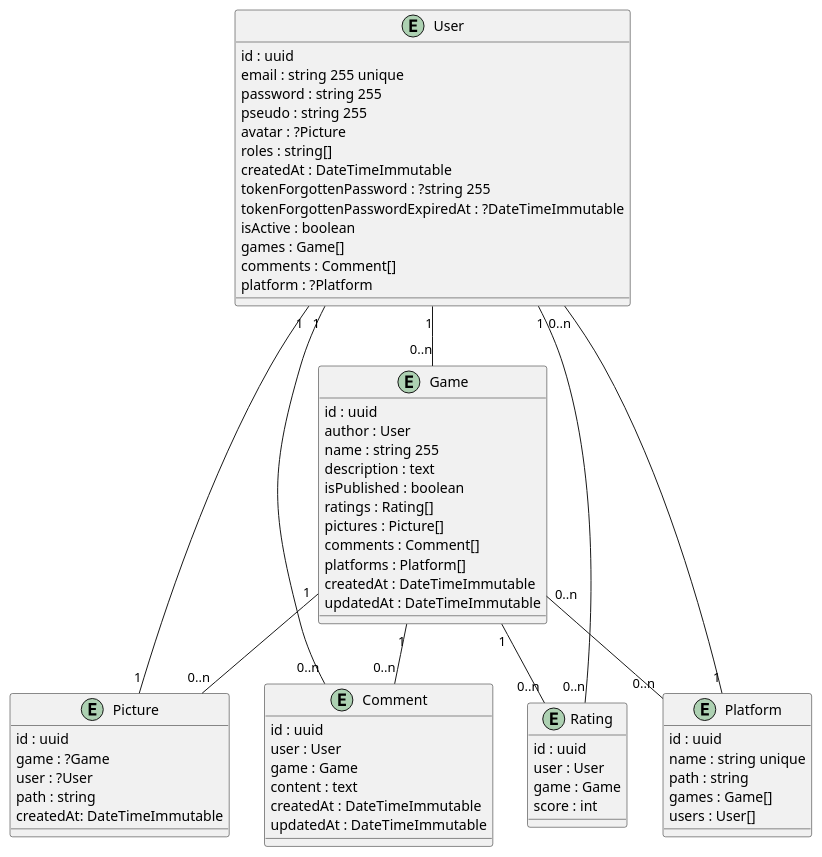
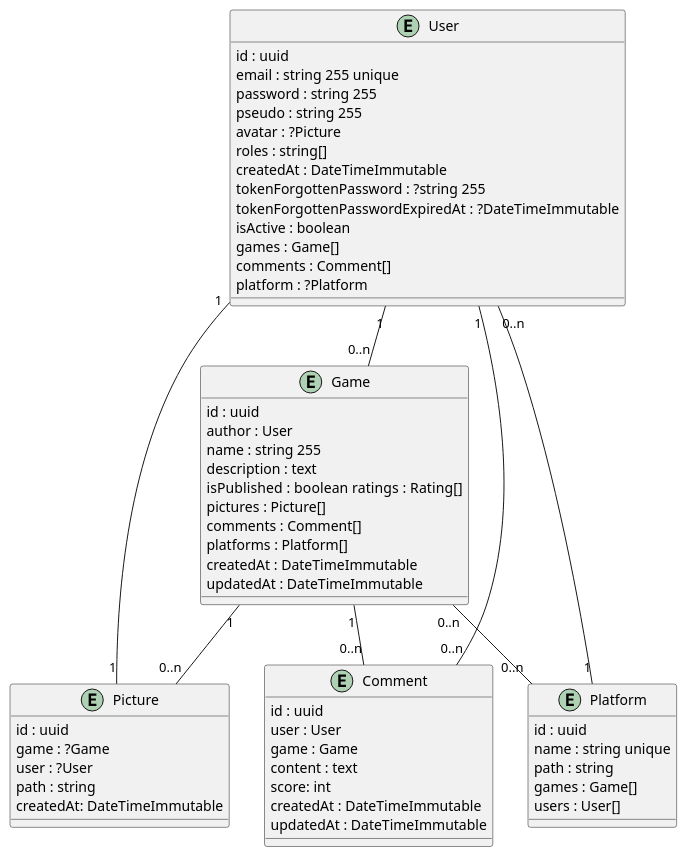
The diagram in db.plantuml (MH-DevApp/symf-oc-project), drawn with PlantUML before and after one commit.

Commit message:
fix: remove entity rating to db in UML Schema

```diff
--- a/db.plantuml
+++ b/db.plantuml
@@ -1,84 +1,73 @@
 @startuml DB
 
 entity User
 {
   {field} id : uuid
   {field} email : string 255 unique
   {field} password : string 255
   {field} pseudo : string 255
   {field} avatar : ?Picture
   {field} roles : string[]
   {field} createdAt : DateTimeImmutable
   {field} tokenForgottenPassword : ?string 255
   {field} tokenForgottenPasswordExpiredAt : ?DateTimeImmutable
   {field} isActive : boolean
   {field} games : Game[]
   {field} comments : Comment[]
   {field} platform : ?Platform
 }
 
 entity Game
 {
   {field} id : uuid
   {field} author : User
   {field} name : string 255
   {field} description : text
-  {field} isPublished : boolean
-  {field} ratings : Rating[]
+  {field} isPublished : boolean  {field} ratings : Rating[]
   {field} pictures : Picture[]
   {field} comments : Comment[]
   {field} platforms : Platform[]
   {field} createdAt : DateTimeImmutable
   {field} updatedAt : DateTimeImmutable
 }
 
 entity Picture
 {
   {field} id : uuid
   {field} game : ?Game
   {field} user : ?User
   {field} path : string
   {field} createdAt: DateTimeImmutable
 }
 
 entity Comment
 {
   {field} id : uuid
   {field} user : User
   {field} game : Game
   {field} content : text
+  {field} score: int
   {field} createdAt : DateTimeImmutable
   {field} updatedAt : DateTimeImmutable
-}
-
-entity Rating
-{
-  {field} id : uuid
-  {field} user : User
-  {field} game : Game
-  {field} score : int
 }
 
 entity Platform
 {
   {field} id : uuid
   {field} name : string unique
   {field} path : string
   {field} games : Game[]
   {field} users : User[]
 }
 
 User "1" -- "0..n" Game
 User "1" -- "0..n" Comment
 User "1" -- "1" Picture
 
 Game "1" -- "0..n" Picture
 Game "1" -- "0..n" Comment
-Game "1" -- "0..n" Rating
 Game "0..n" -- "0..n" Platform
-
-Rating "0..n" -- "1" User
 
 Platform "1" -- "0..n" User
 
 @enduml
```
